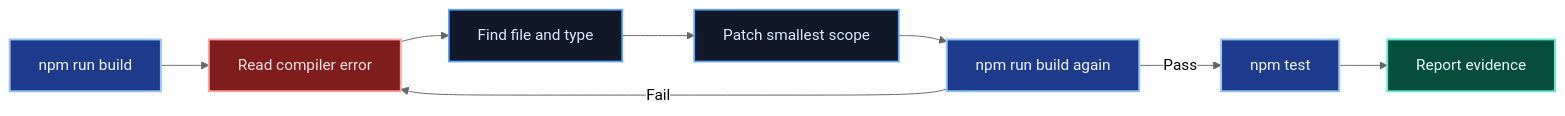
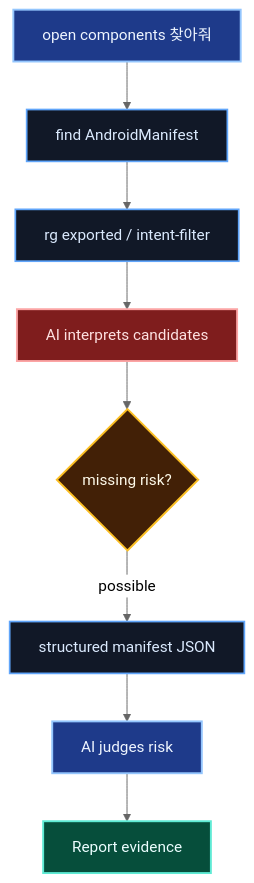
Diagram 12 of 16 in docs/ai-agent-effective-use/mermaid-diagrams.md (koalav/present-anyything), drawn with Mermaid (neutral theme) before and after one commit. The commit also changed other lines of this file and 26 other files, not shown here.

````diff
--- a/docs/ai-agent-effective-use/mermaid-diagrams.md
+++ b/docs/ai-agent-effective-use/mermaid-diagrams.md
@@ -246,14 +239,15 @@
 ```mermaid
-flowchart LR
-  Build[npm run build]:::run --> Error[Read compiler error]:::warn
-  Error --> Locate[Find file and type]:::step
-  Locate --> Patch[Patch smallest scope]:::step
-  Patch --> Rebuild[npm run build again]:::run
-  Rebuild -->|Fail| Error
-  Rebuild -->|Pass| Test[npm test]:::run
-  Test --> Report[Report evidence]:::success
+flowchart TB
+  Ask["open components 찾아줘"]:::run --> Find[find AndroidManifest]:::step
+  Find --> Grep[rg exported / intent-filter]:::step
+  Grep --> Guess[AI interprets candidates]:::warn
+  Guess --> Miss{missing risk?}:::decision
+  Miss -->|possible| Extract[structured manifest JSON]:::step
+  Extract --> Judge[AI judges risk]:::run
+  Judge --> Report[Report evidence]:::success
   classDef run fill:#1e3a8a,stroke:#93c5fd,color:#eff6ff,stroke-width:2px;
   classDef warn fill:#7f1d1d,stroke:#fca5a5,color:#fee2e2,stroke-width:2px;
   classDef step fill:#111827,stroke:#60a5fa,color:#dbeafe,stroke-width:1.8px;
+  classDef decision fill:#422006,stroke:#fbbf24,color:#fffbeb,stroke-width:2px;
   classDef success fill:#064e3b,stroke:#5eead4,color:#ecfeff,stroke-width:2px;
 ```
````
